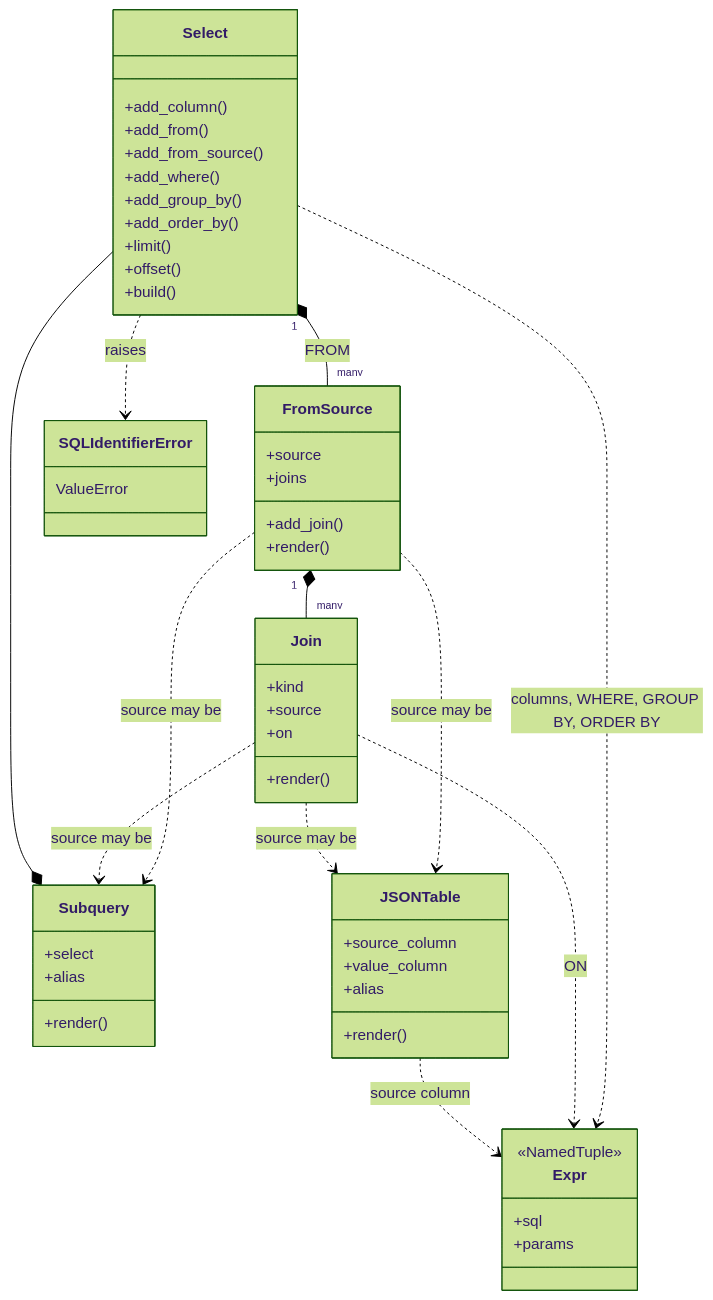
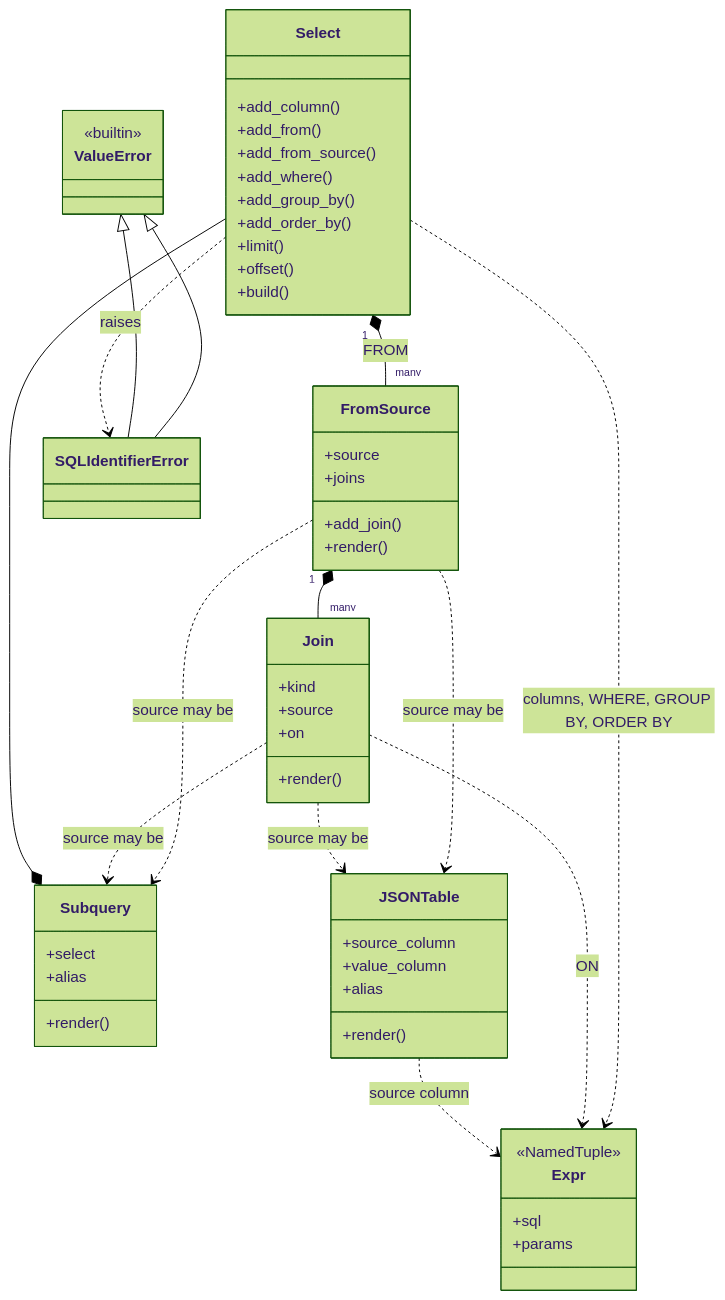
One commit to SETI/rms-opus changed the diagram in docs/dev_guide_webapp_tools.rst. Above: the diagram before and after it, drawn with Mermaid (forest theme). The commit also changed other lines of this file and 19 other files, not shown here.

```diff
--- a/docs/dev_guide_webapp_tools.rst
+++ b/docs/dev_guide_webapp_tools.rst
@@ -222,57 +222,60 @@
 .. mermaid::
 
     classDiagram
         class Expr {
             <<NamedTuple>>
             +sql
             +params
         }
         class Select {
             +add_column()
             +add_from()
             +add_from_source()
             +add_where()
             +add_group_by()
             +add_order_by()
             +limit()
             +offset()
             +build()
         }
         class FromSource {
             +source
             +joins
             +add_join()
             +render()
         }
         class Join {
             +kind
             +source
             +on
             +render()
         }
         class Subquery {
             +select
             +alias
             +render()
         }
         class JSONTable {
             +source_column
             +value_column
             +alias
             +render()
         }
-        class SQLIdentifierError {
-            ValueError
+        class ValueError {
+            <<builtin>>
         }
+        class SQLIdentifierError
 
         Select "1" *-- "many" FromSource : FROM
         FromSource "1" *-- "many" Join
         FromSource ..> Subquery : source may be
         FromSource ..> JSONTable : source may be
         Join ..> Subquery : source may be
         Join ..> JSONTable : source may be
         Subquery *-- Select
         Select ..> Expr : columns, WHERE, GROUP BY, ORDER BY
         Join ..> Expr : ON
         JSONTable ..> Expr : source column
+        ValueError <|-- SQLIdentifierError
+        ValueError <|-- SQLIdentifierError
         Select ..> SQLIdentifierError : raises
```
